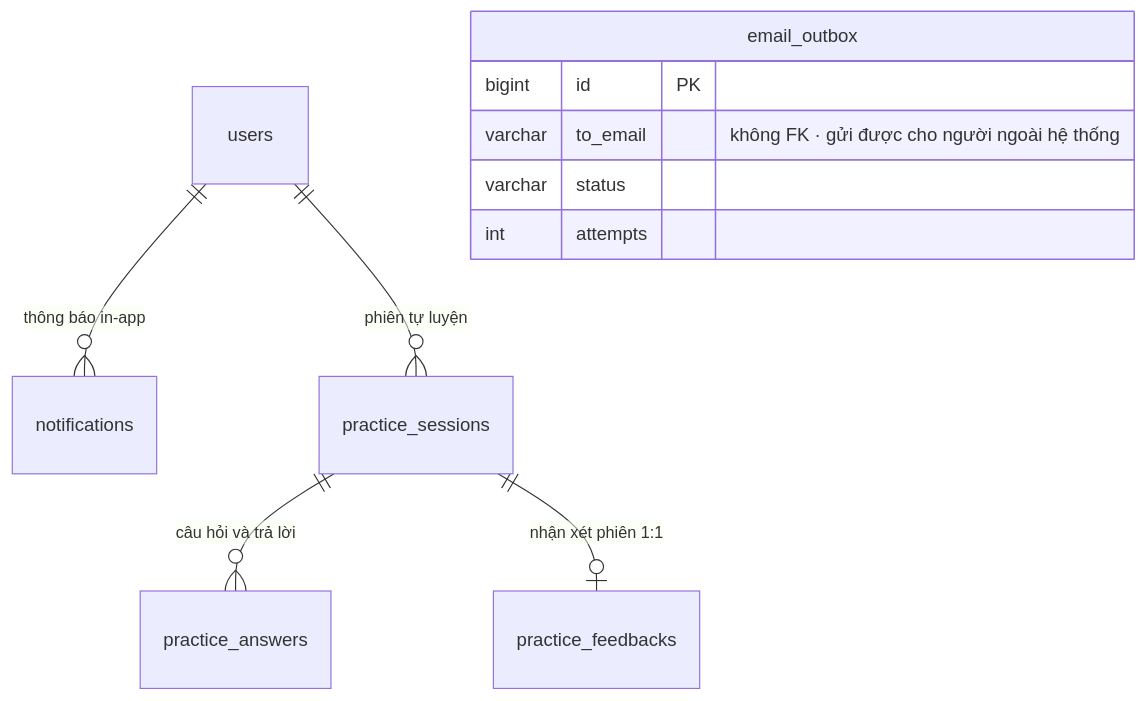
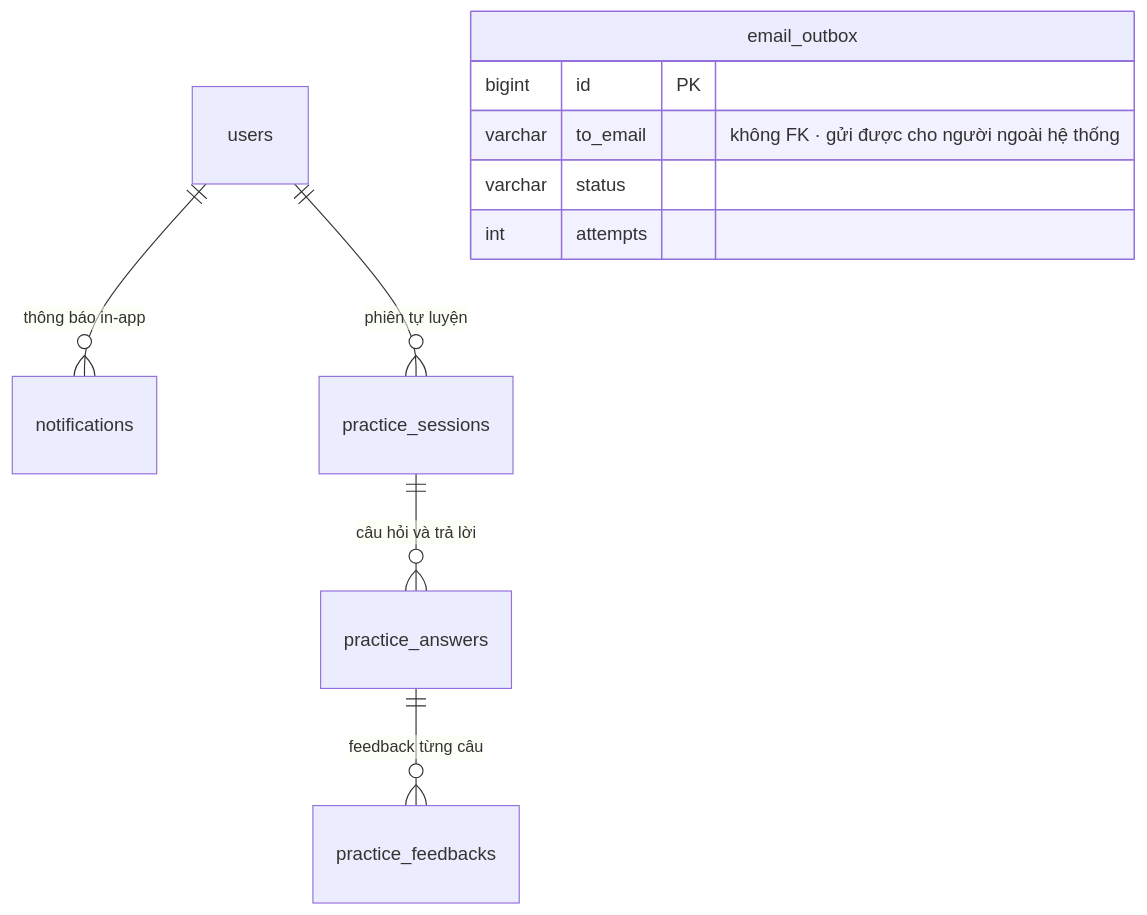
The tenth of 11 diagrams in docs/database/README.md (hieupnh12/SmartHire-AI), drawn with Mermaid before and after one commit. The commit also changed other lines of this file and 59 other files, not shown here.

````diff
--- a/docs/database/README.md
+++ b/docs/database/README.md
@@ -465,13 +475,13 @@
 ```mermaid
 erDiagram
     users ||--o{ notifications : "thông báo in-app"
     users ||--o{ practice_sessions : "phiên tự luyện"
     practice_sessions ||--o{ practice_answers : "câu hỏi và trả lời"
-    practice_sessions ||--o| practice_feedbacks : "nhận xét phiên 1:1"
+    practice_answers ||--o{ practice_feedbacks : "feedback từng câu"
     email_outbox {
         bigint id PK
         varchar to_email "không FK · gửi được cho người ngoài hệ thống"
         varchar status
         int attempts
     }
 ```
````
